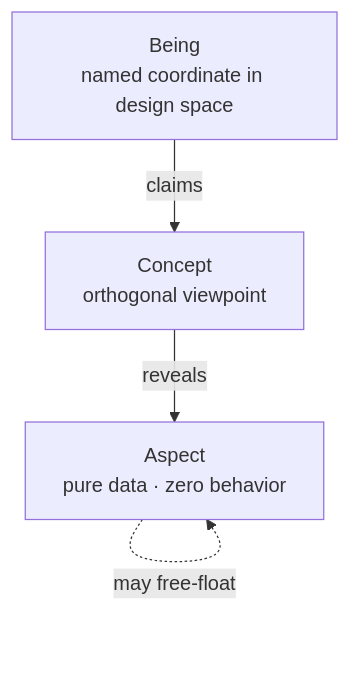
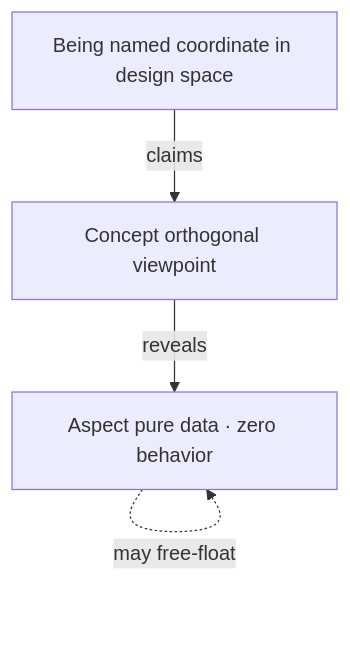
One commit to fm39hz/fm39hz-blogs changed the second of 8 diagrams in src/content/articles/another-way-to-think-about-game-architecture.md. Above: the diagram before and after it, drawn with Mermaid. The commit also changed other lines of this file and 21 other files, not shown here.

````diff
--- a/src/content/articles/another-way-to-think-about-game-architecture.md
+++ b/src/content/articles/another-way-to-think-about-game-architecture.md
@@ -101,10 +101,10 @@
 ```mermaid
 graph TB
-    B["Being<br/>named coordinate in design space"]
-    C["Concept<br/>orthogonal viewpoint"]
-    A["Aspect<br/>pure data · zero behavior"]
+    B["Being named coordinate in design space"]
+    C["Concept orthogonal viewpoint"]
+    A["Aspect pure data · zero behavior"]
 
     B -->|"claims"| C
     C -->|"reveals"| A
     A -.->|"may free-float"| A
 ```
````
